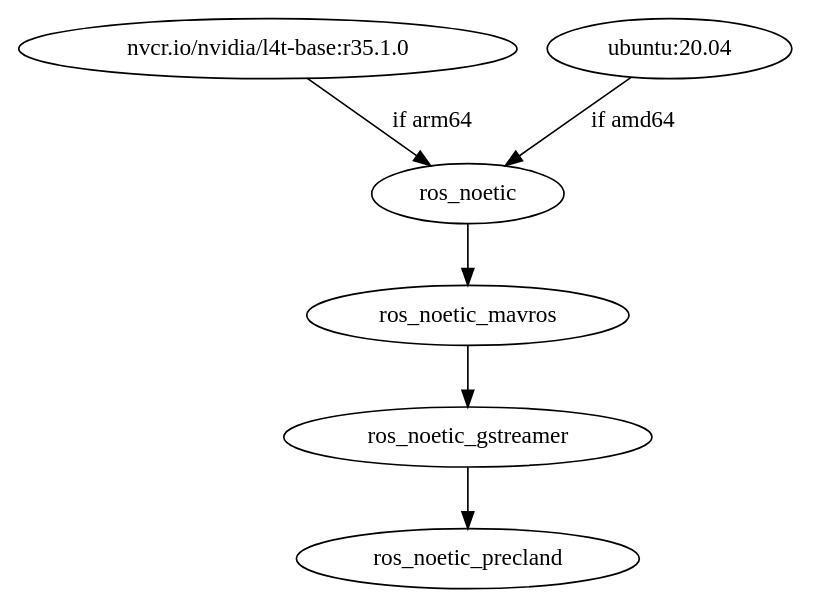
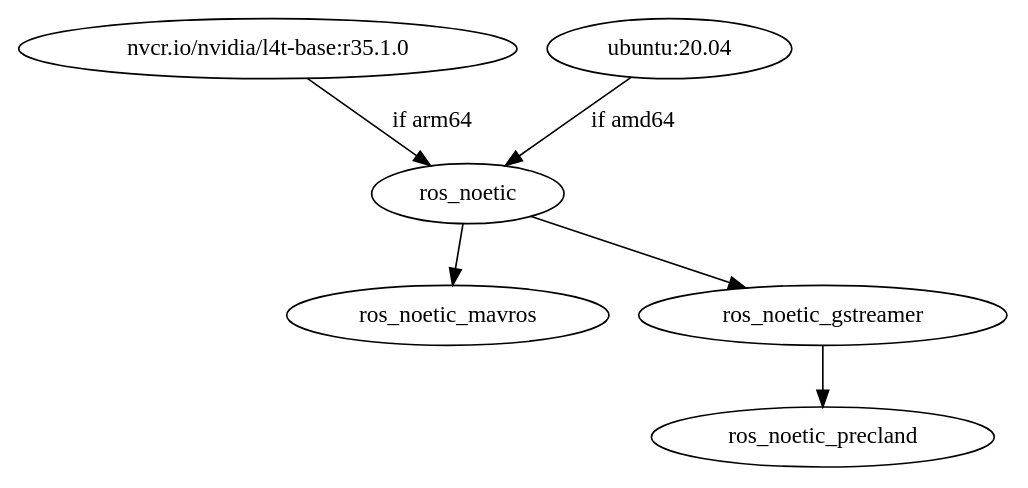
The first of 2 diagrams in source/howtos/containerization.rst (coccobas/DocuConversionNotion), drawn with Graphviz before and after one commit. The commit also changed 4 other files, not shown here.

```diff
--- a/source/howtos/containerization.rst
+++ b/source/howtos/containerization.rst
@@ -6,15 +6,15 @@
 .. graphviz::
 
    digraph ros_containers {
       "ros_noetic" [URL="https://github.com/BeagleSystems/ros_base"]
       "nvcr.io/nvidia/l4t-base:r35.1.0"
       "ubuntu:20.04"
       "ros_noetic_mavros" [URL="https://github.com/BeagleSystems/mavros"]
       "ros_noetic_gstreamer" [URL="https://github.com/BeagleSystems/gst-build"]
       "ros_noetic_precland" [URL="https://github.com/BeagleSystems/ros_precland"]
       "nvcr.io/nvidia/l4t-base:r35.1.0" -> "ros_noetic" [ label="if arm64" ]
       "ubuntu:20.04" -> "ros_noetic" [ label="if amd64" ]
       "ros_noetic" -> "ros_noetic_mavros"
-      "ros_noetic_mavros" -> "ros_noetic_gstreamer"
+      "ros_noetic" -> "ros_noetic_gstreamer"
       "ros_noetic_gstreamer" -> "ros_noetic_precland"
    }
```
